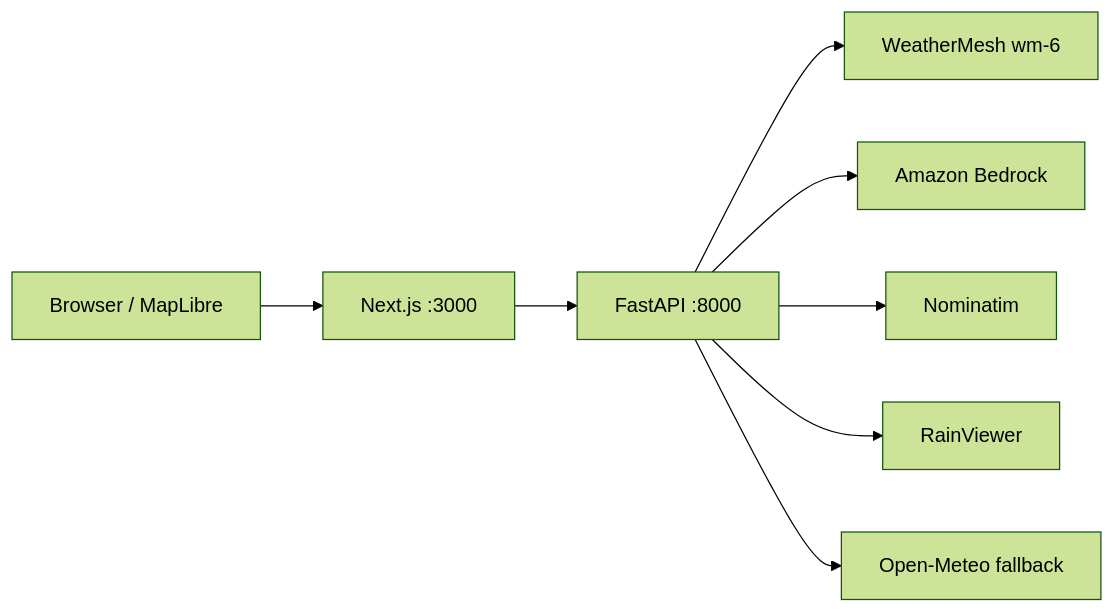
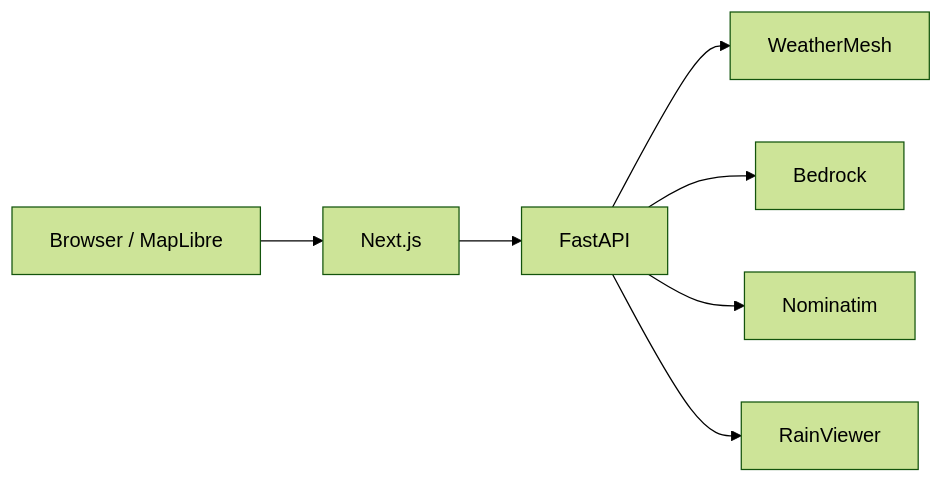
One commit to RudraYBedekar/Windborne-map changed the diagram in README.md. Above: the diagram before and after it, drawn with Mermaid (forest theme). The commit also changed other lines of this file and 13 other files, not shown here.

````diff
--- a/README.md
+++ b/README.md
@@ -28,10 +26,9 @@
 ```mermaid
 flowchart LR
-  UI[Browser / MapLibre] --> NX[Next.js :3000]
-  NX --> API[FastAPI :8000]
-  API --> WB[WeatherMesh wm-6]
-  API --> BR[Amazon Bedrock]
+  UI[Browser / MapLibre] --> NX[Next.js]
+  NX --> API[FastAPI]
+  API --> WB[WeatherMesh]
+  API --> BR[Bedrock]
   API --> NOM[Nominatim]
   API --> RV[RainViewer]
-  API --> OM[Open-Meteo fallback]
 ```
````
